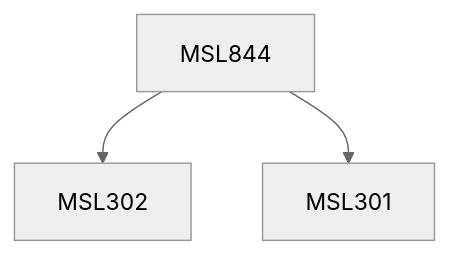
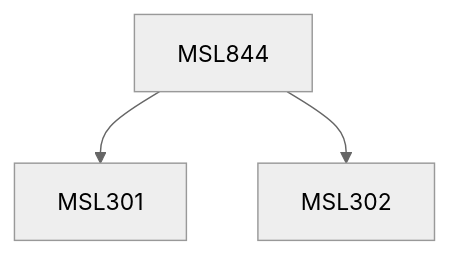
The diagram in content/Management Studies/MSL844.md (KeshavBansal0122/CoS_Website), drawn with Mermaid (neutral theme) before and after one commit. The commit also changed other lines of this file and 392 other files, not shown here.

````diff
--- a/content/Management Studies/MSL844.md
+++ b/content/Management Studies/MSL844.md
@@ -21,9 +21,9 @@
 ```mermaid
 flowchart TD
 MSL844-555[MSL844]
+MSL844-555 --> MSL301-555[MSL301]
 MSL844-555 --> MSL302-555[MSL302]
-MSL844-555 --> MSL301-555[MSL301]
 
 classDef empty height:17px, fill:transparent, stroke:transparent;
 classDef trueEmpty height:0px, width:0px;
 ```
````
